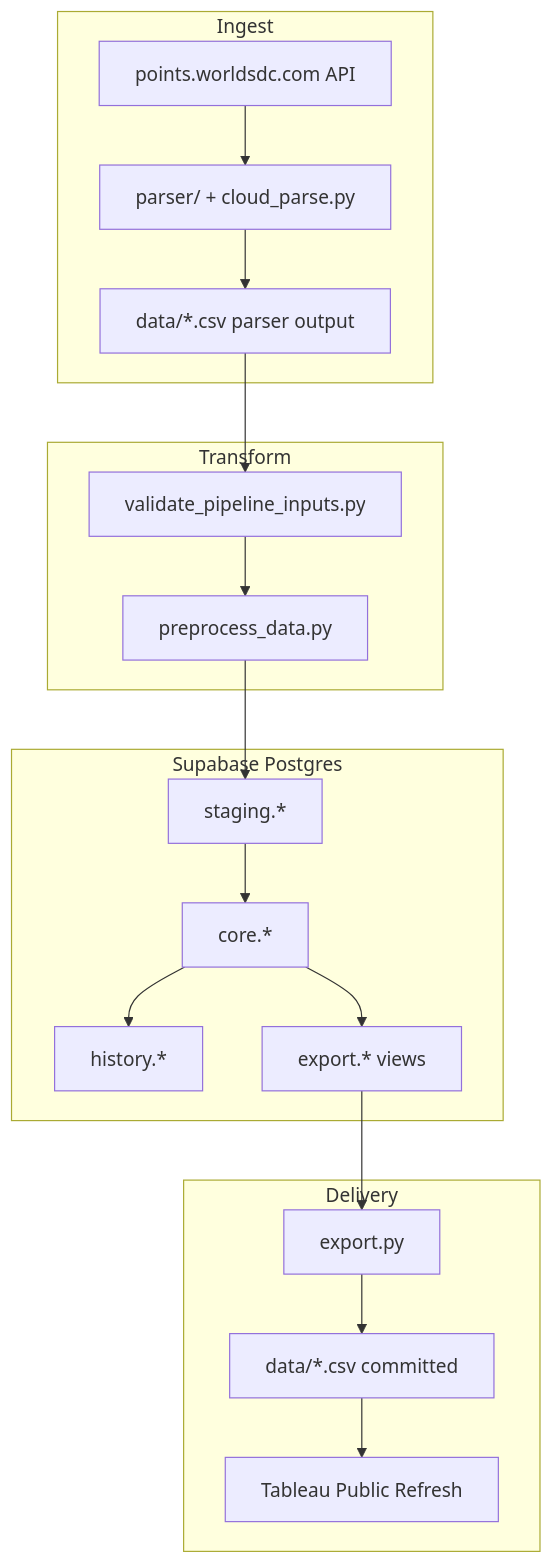
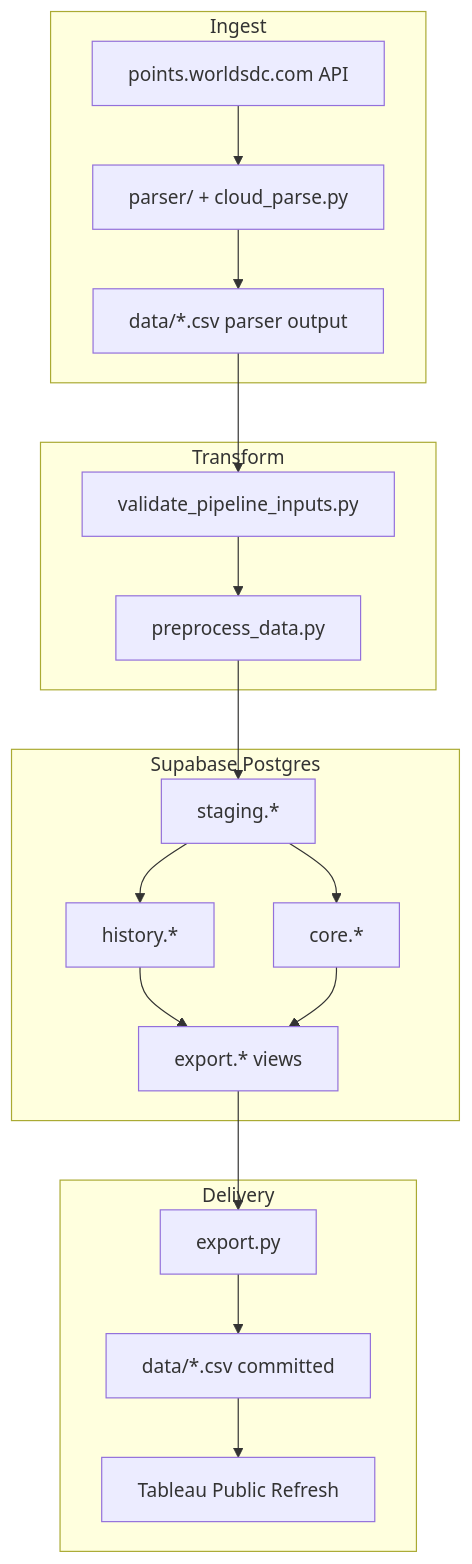
Before and after one commit to zlat1109/wsdc-data-pipeline: the diagram in docs/architecture/overview.md, drawn with Mermaid. The commit also changed other lines of this file and 15 other files, not shown here.

First line of the commit message:
fix(docs): align export views, CSV contract, and Tableau join guidance

````diff
--- a/docs/architecture/overview.md
+++ b/docs/architecture/overview.md
@@ -7,29 +7,30 @@
 ```mermaid
 flowchart TB
   subgraph ingest [Ingest]
     API["points.worldsdc.com API"]
     Parser["parser/ + cloud_parse.py"]
     CSV["data/*.csv parser output"]
   end
   subgraph transform [Transform]
     Validate["validate_pipeline_inputs.py"]
     Preprocess["preprocess_data.py"]
   end
   subgraph db [Supabase Postgres]
     Staging["staging.*"]
     Core["core.*"]
     History["history.*"]
     ExportViews["export.* views"]
   end
   subgraph deliver [Delivery]
     ExportPy["export.py"]
     GitData["data/*.csv committed"]
     Tableau["Tableau Public Refresh"]
   end
   API --> Parser --> CSV
   CSV --> Validate --> Preprocess --> Staging
+  Staging --> History
   Staging --> Core
-  Core --> History
+  History --> ExportViews
   Core --> ExportViews
   ExportViews --> ExportPy --> GitData --> Tableau
 ```
````
